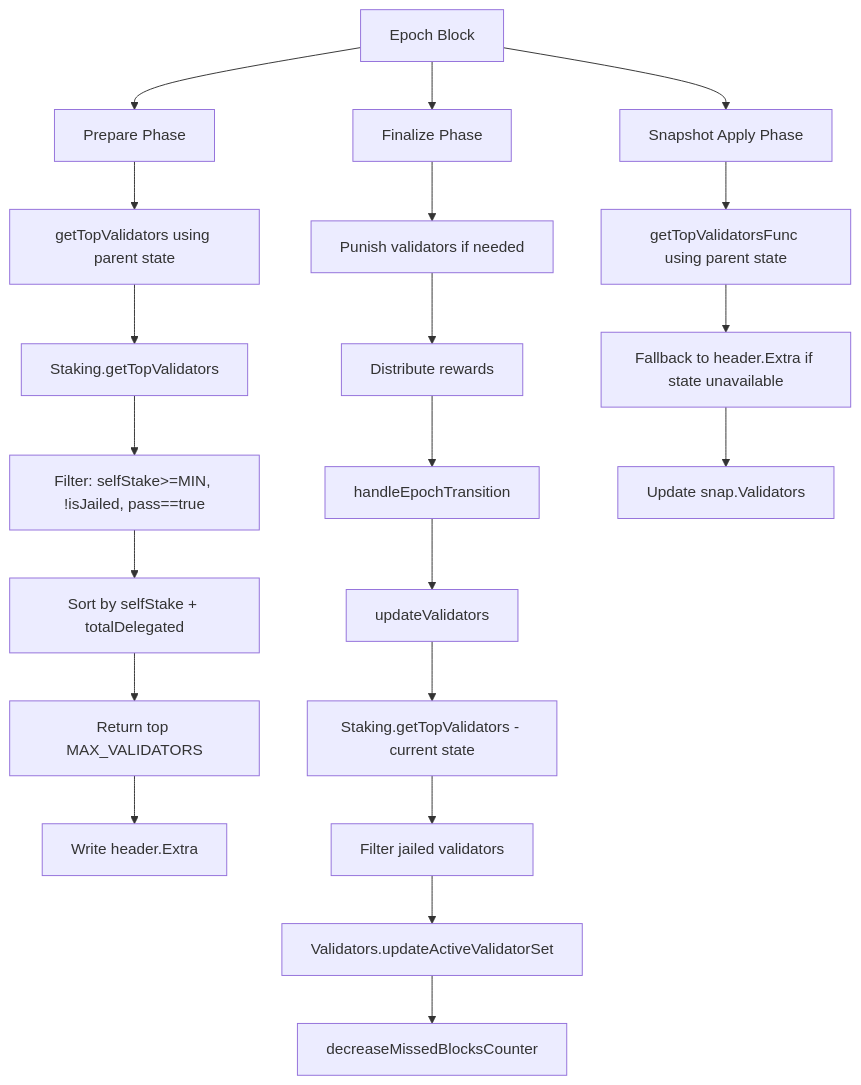
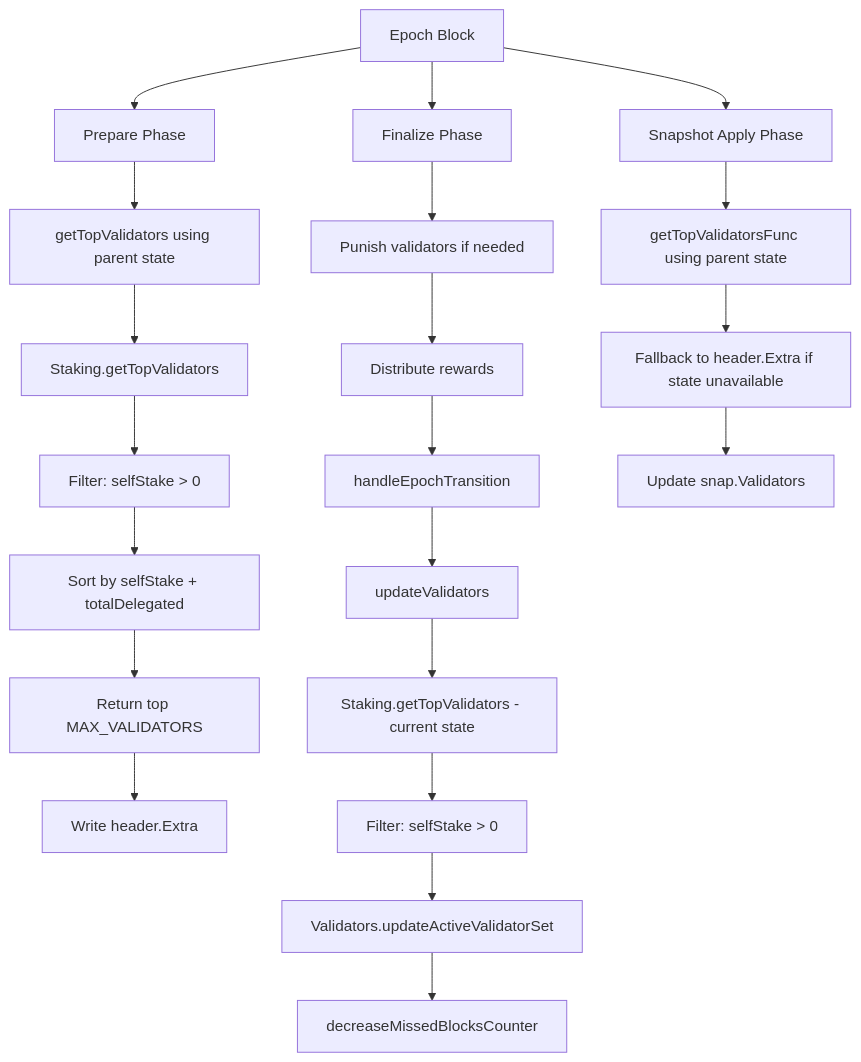
One commit to juchain-network/chain-contract changed diagram 13 of 13 in docs/posa-tech-spec.md. Above: the diagram before and after it, drawn with Mermaid. The commit also changed other lines of this file and 8 other files, not shown here.

````diff
--- a/docs/posa-tech-spec.md
+++ b/docs/posa-tech-spec.md
@@ -1018,26 +1019,26 @@
 ```mermaid
 graph TD
     A[Epoch Block] --> B[Prepare Phase]
     A --> C[Finalize Phase]
     A --> D[Snapshot Apply Phase]
     
     B --> B1[getTopValidators using parent state]
     B1 --> B2[Staking.getTopValidators]
-    B2 --> B3[Filter: selfStake>=MIN, !isJailed, pass==true]
+    B2 --> B3[Filter: selfStake > 0]
     B3 --> B4[Sort by selfStake + totalDelegated]
     B4 --> B5[Return top MAX_VALIDATORS]
     B5 --> B6[Write header.Extra]
     
     C --> C1[Punish validators if needed]
     C1 --> C2[Distribute rewards]
     C2 --> C3[handleEpochTransition]
     C3 --> C4[updateValidators]
     C4 --> C5[Staking.getTopValidators - current state]
-    C5 --> C6[Filter jailed validators]
+    C5 --> C6[Filter: selfStake > 0]
     C6 --> C7[Validators.updateActiveValidatorSet]
     C7 --> C8[decreaseMissedBlocksCounter]
     
     D --> D1[getTopValidatorsFunc using parent state]
     D1 --> D2[Fallback to header.Extra if state unavailable]
     D2 --> D3[Update snap.Validators]
 ```
````
